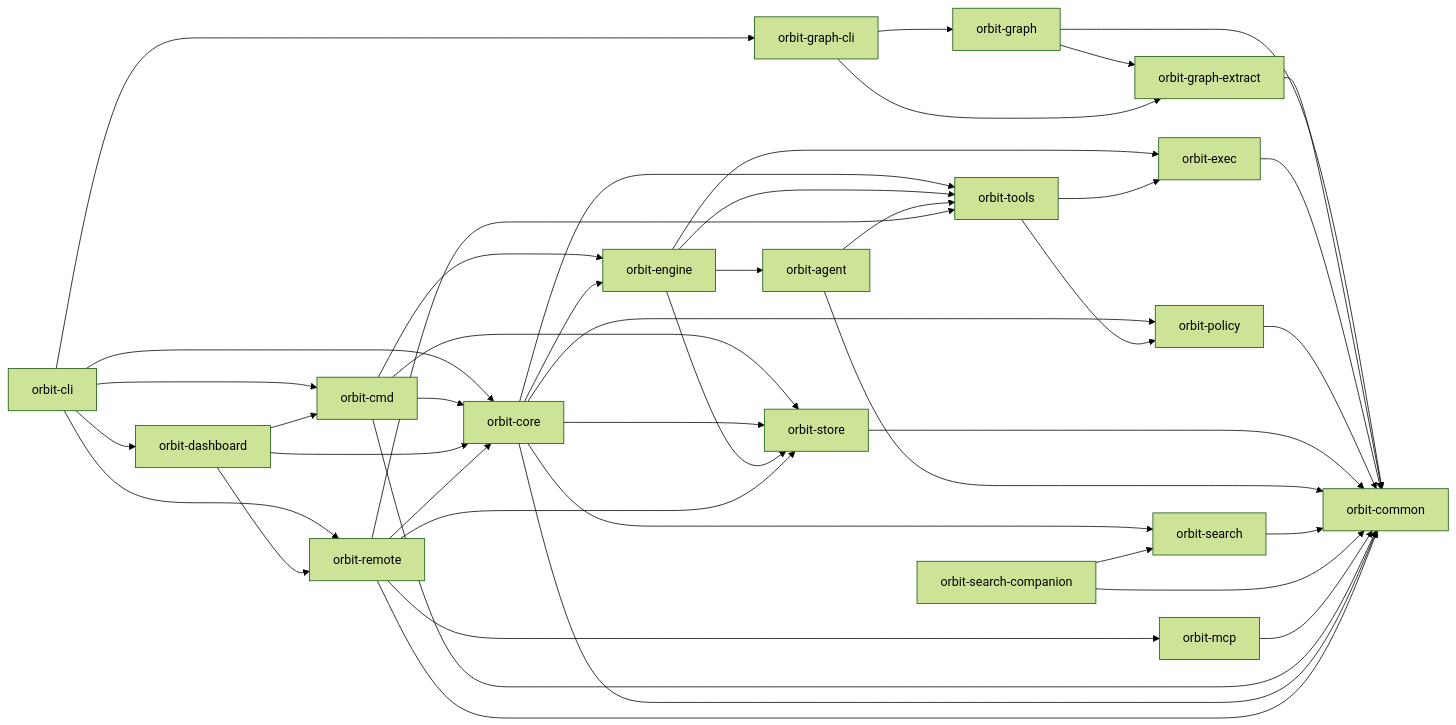
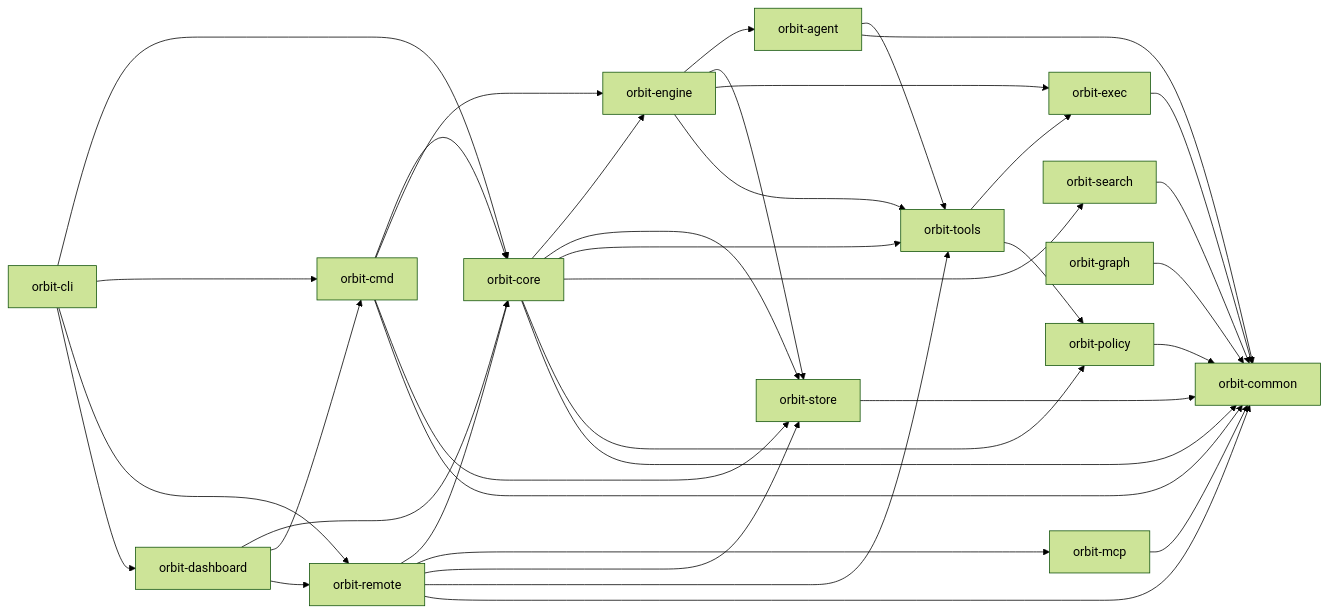
The diagram in ARCHITECTURE.md (danieljhkim/orbit), drawn with Mermaid (forest theme) before and after one commit. The commit also changed other lines of this file and 163 other files, not shown here.

First line of the commit message:
refactor: Consolidate the graph island into orbit-graph and remove the … [ORB-10357]

````diff
--- a/ARCHITECTURE.md
+++ b/ARCHITECTURE.md
@@ -5,46 +5,39 @@
 ```mermaid
 flowchart LR
   CLI["orbit-cli"] --> Core["orbit-core"]
   CLI --> Cmd["orbit-cmd"]
   CLI --> Remote["orbit-remote"]
-  CLI --> GraphCli["orbit-graph-cli"]
   CLI --> Dashboard["orbit-dashboard"]
   Cmd --> Core
   Cmd --> Engine
   Cmd --> Store
   Core --> Engine["orbit-engine"]
   Core --> Store["orbit-store"]
   Core --> Tools["orbit-tools"]
   Core --> Search["orbit-search"]
   Core --> Policy["orbit-policy"]
   Engine --> Agent["orbit-agent"]
   Engine --> Store
   Engine --> Exec["orbit-exec"]
   Engine --> Tools
   Agent --> Tools
-  Graph["orbit-graph"] --> GraphExtract["orbit-graph-extract"]
-  Graph --> Common
-  GraphExtract --> Common
+  Graph["orbit-graph"] --> Common
   Tools --> Exec["orbit-exec"]
   Tools --> Policy
   Exec --> Common["orbit-common"]
   Policy --> Common
   Store --> Common
   Agent --> Common
   Search --> Common
-  SearchCompanion["orbit-search-companion"] --> Search
-  SearchCompanion --> Common
-  GraphCli["orbit-graph-cli"] --> Graph
-  GraphCli --> GraphExtract
   MCP --> Common
   Dashboard["orbit-dashboard"] --> Core
   Dashboard --> Cmd
   Cmd --> Common
   Core --> Common
   Remote --> Core
   Remote --> MCP["orbit-mcp"]
   Remote --> Store
   Remote --> Tools
   Remote --> Common
   Dashboard --> Remote
 ```
````
